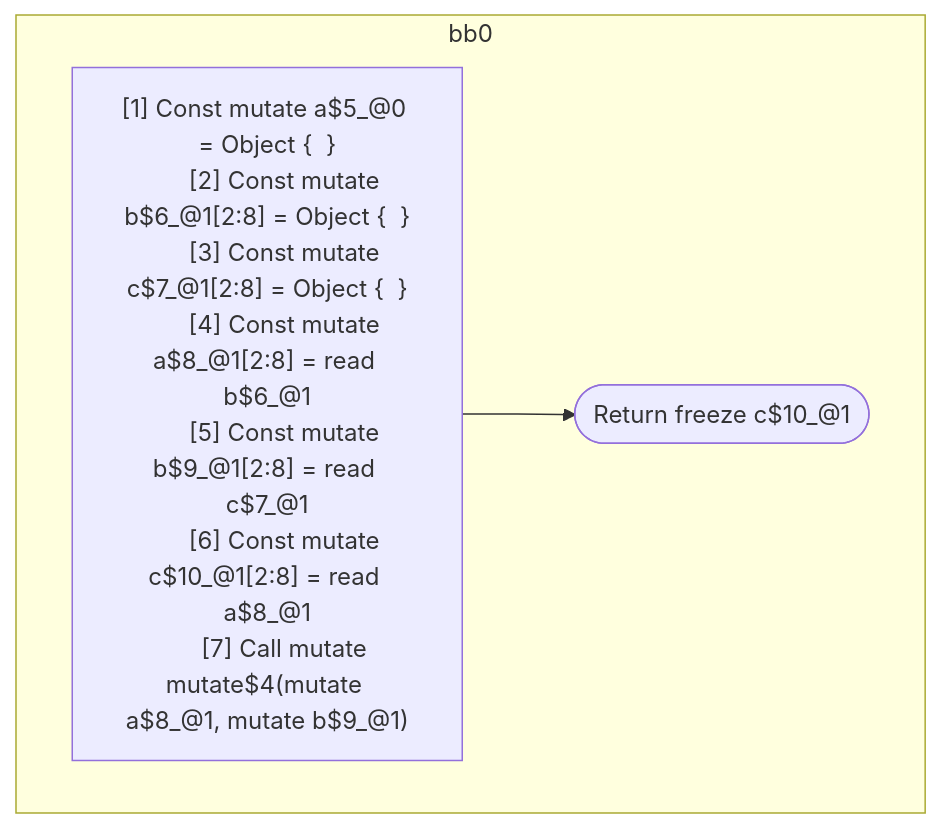
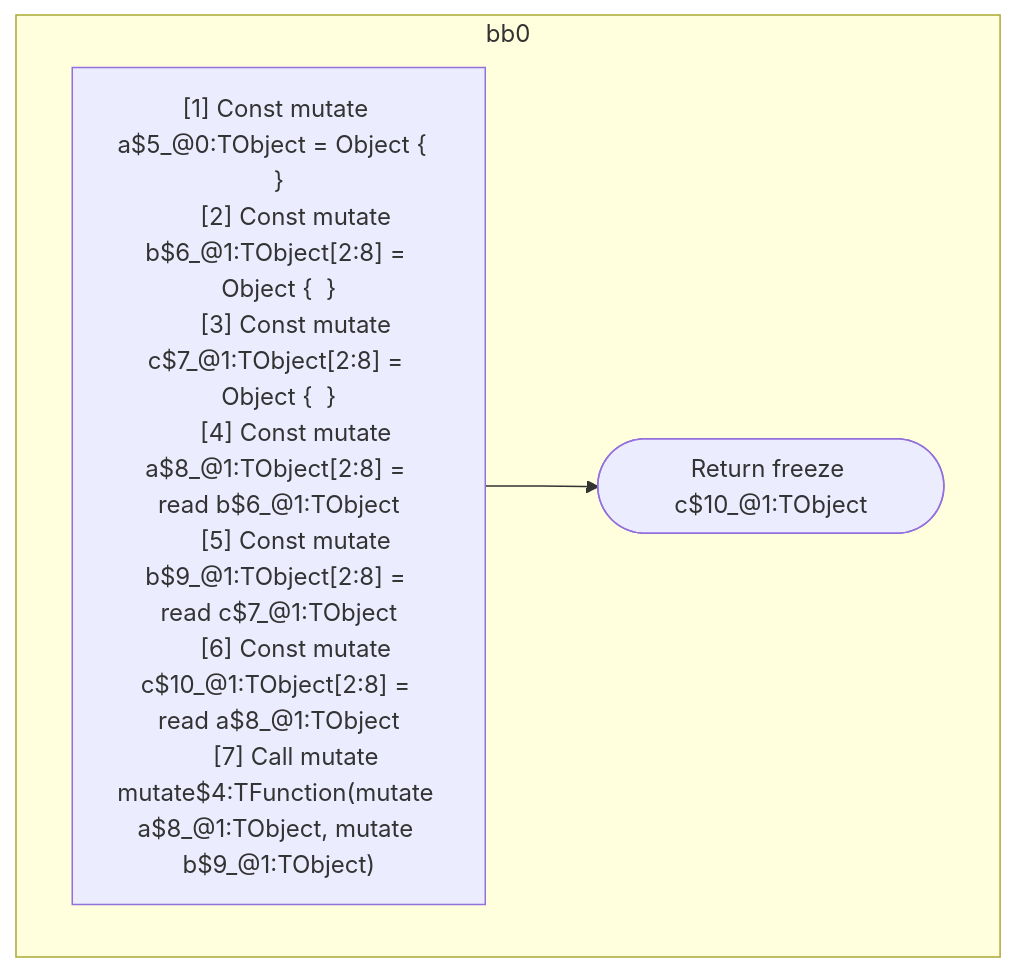
Before and after one commit to wutsmog/private: the second of 2 diagrams in compiler/forget/src/__tests__/fixtures/hir/simple-alias.expect.md, drawn with Mermaid. The commit also changed other lines of this file and 112 other files, not shown here.

````diff
--- a/compiler/forget/src/__tests__/fixtures/hir/simple-alias.expect.md
+++ b/compiler/forget/src/__tests__/fixtures/hir/simple-alias.expect.md
@@ -94,19 +94,19 @@
 ```mermaid
 flowchart TB
   %% Basic Blocks
   subgraph bb0
     bb0_instrs["
-      [1] Const mutate a$5_@0 = Object {  }
-      [2] Const mutate b$6_@1[2:8] = Object {  }
-      [3] Const mutate c$7_@1[2:8] = Object {  }
-      [4] Const mutate a$8_@1[2:8] = read b$6_@1
-      [5] Const mutate b$9_@1[2:8] = read c$7_@1
-      [6] Const mutate c$10_@1[2:8] = read a$8_@1
-      [7] Call mutate mutate$4(mutate a$8_@1, mutate b$9_@1)
+      [1] Const mutate a$5_@0:TObject = Object {  }
+      [2] Const mutate b$6_@1:TObject[2:8] = Object {  }
+      [3] Const mutate c$7_@1:TObject[2:8] = Object {  }
+      [4] Const mutate a$8_@1:TObject[2:8] = read b$6_@1:TObject
+      [5] Const mutate b$9_@1:TObject[2:8] = read c$7_@1:TObject
+      [6] Const mutate c$10_@1:TObject[2:8] = read a$8_@1:TObject
+      [7] Call mutate mutate$4:TFunction(mutate a$8_@1:TObject, mutate b$9_@1:TObject)
     "]
-    bb0_instrs --> bb0_terminal(["Return freeze c$10_@1"])
+    bb0_instrs --> bb0_terminal(["Return freeze c$10_@1:TObject"])
   end
 
   %% Jumps
   %% empty
 ```
````
